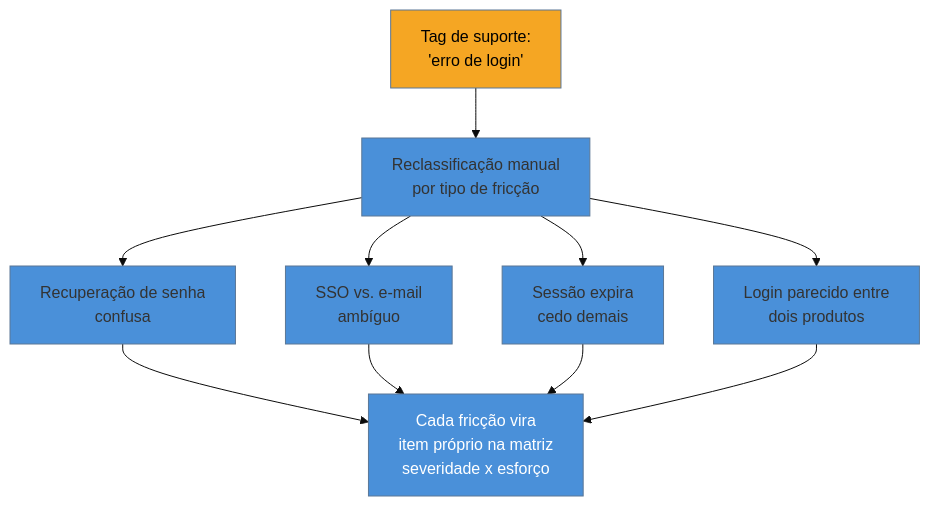
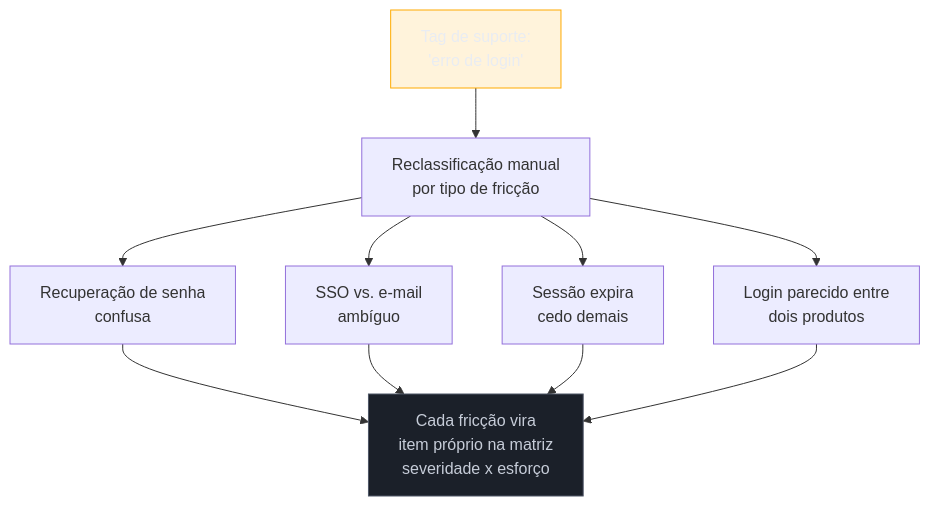
The second of 2 diagrams in 03-Dominios/Engenharia/UX/Medir, Validar e Sustentar/44 - UX debt e matriz severidade x esforço.md (josenaldo/codex-technomanticus), drawn with Mermaid before and after one commit. The commit also changed other lines of this file and 1181 other files, not shown here.

First line of the commit message:
fix(diagramas): paleta do sistema no lugar de cor cravada no markdown

````diff
--- a/03-Dominios/Engenharia/UX/Medir, Validar e Sustentar/44 - UX debt e matriz severidade x esforço.md
+++ b/03-Dominios/Engenharia/UX/Medir, Validar e Sustentar/44 - UX debt e matriz severidade x esforço.md
@@ -72,15 +71,16 @@
 ```mermaid
-%%{init: {"theme": "base", "themeVariables": {"primaryColor": "#4A90D9"}}}%%
 graph TD
+    classDef destaque fill:#FFAA0024,stroke:#FFAA00,color:#E9ECF2
+    classDef neutro fill:#1B2029,stroke:#4E5666,color:#C6CCD8
     T["Tag de suporte:<br/>'erro de login'"] --> R["Reclassificação manual<br/>por tipo de fricção"]
     R --> F1["Recuperação de senha<br/>confusa"]
     R --> F2["SSO vs. e-mail<br/>ambíguo"]
     R --> F3["Sessão expira<br/>cedo demais"]
     R --> F4["Login parecido entre<br/>dois produtos"]
     F1 --> M["Cada fricção vira<br/>item próprio na matriz<br/>severidade x esforço"]
     F2 --> M
     F3 --> M
     F4 --> M
-    style T fill:#F5A623,color:#000
-    style M fill:#4A90D9,color:#fff
+    class T destaque
+    class M neutro
 ```
````
